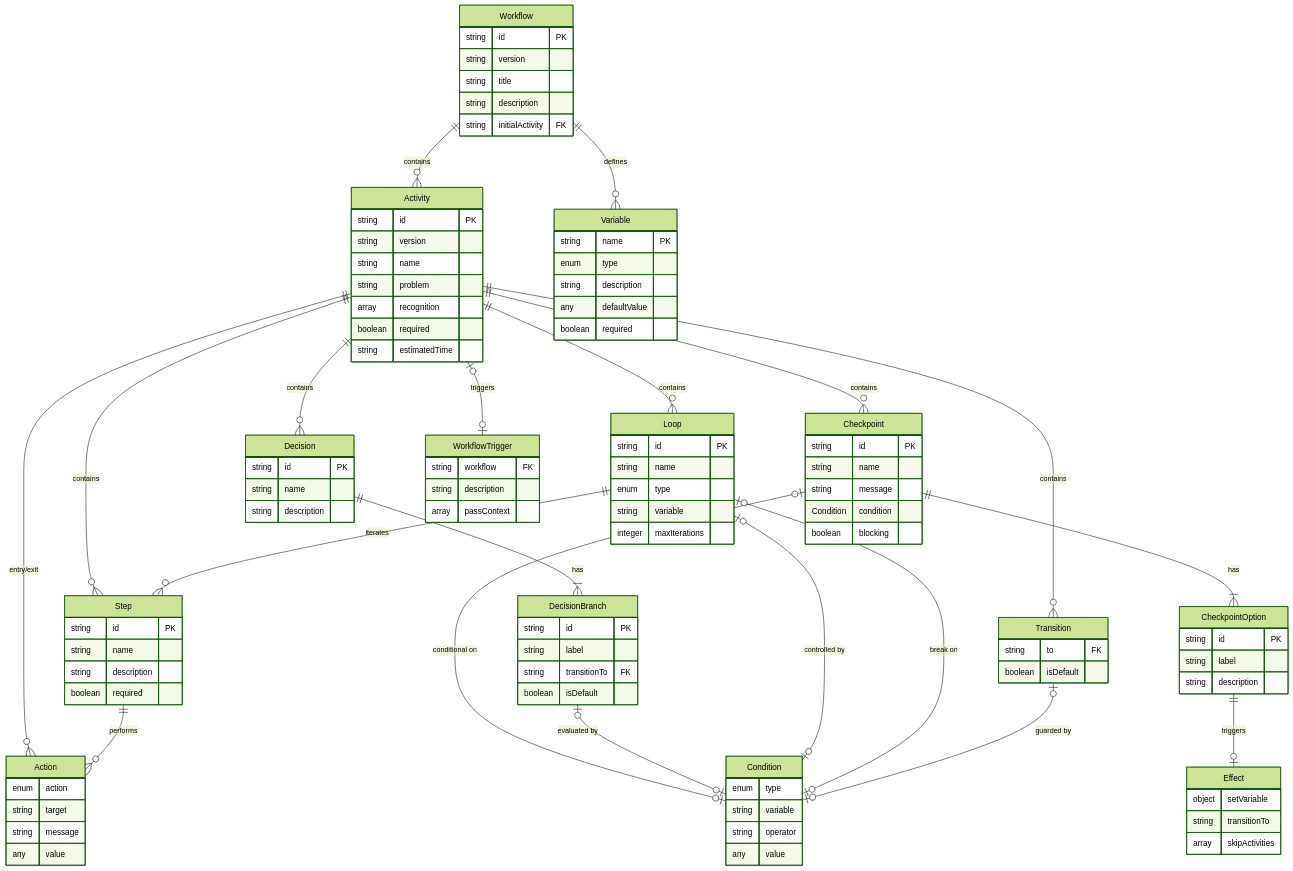
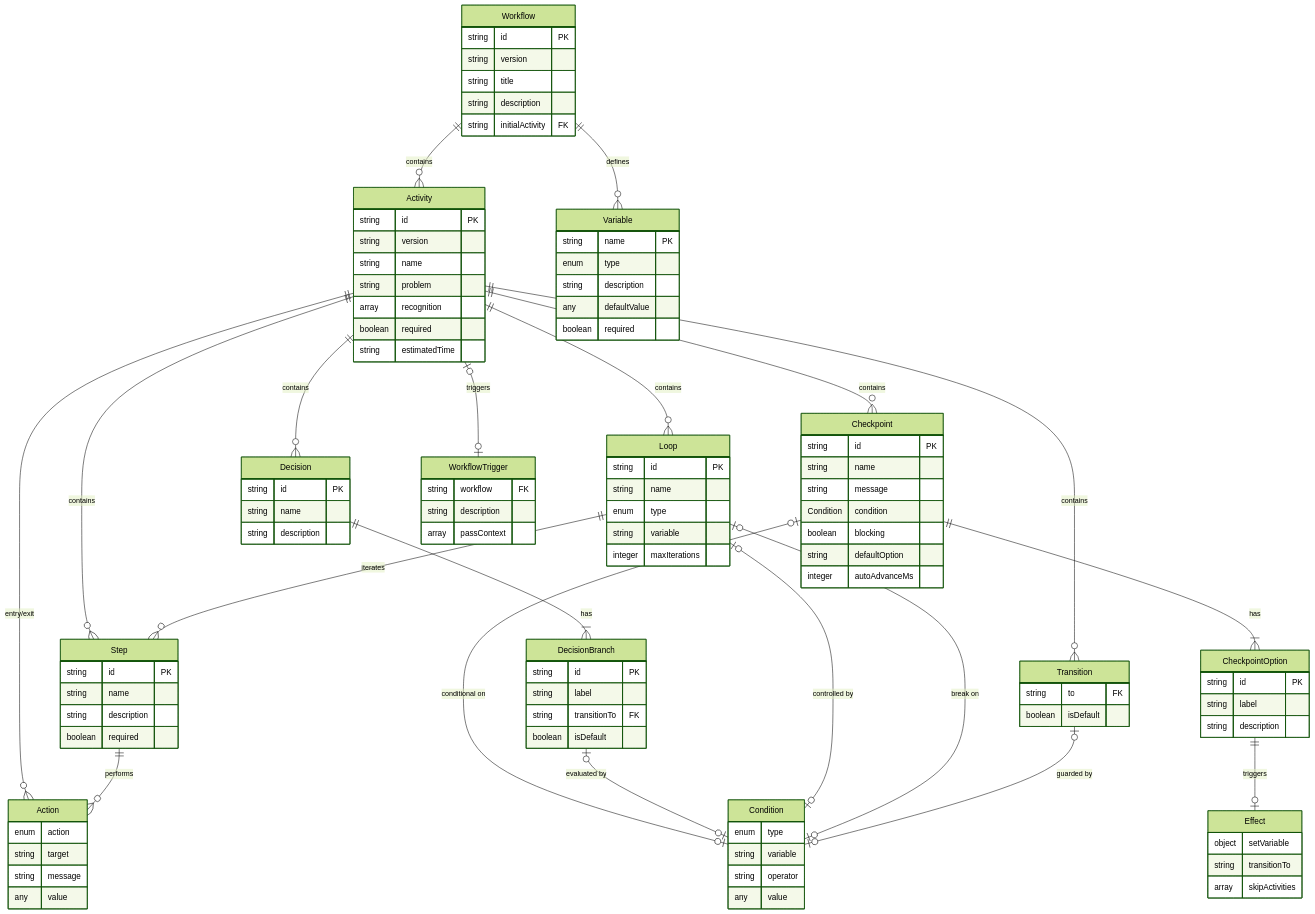
Before and after one commit to m2ux/workflow-server: the third of 3 diagrams in schemas/README.md, drawn with Mermaid (forest theme). The commit also changed other lines of this file, not shown here.

First line of the commit message:
docs: align schemas/README.md with actual schema definitions (WP-12)

```diff
--- a/schemas/README.md
+++ b/schemas/README.md
@@ -166,6 +166,8 @@
         string message
         Condition condition
         boolean blocking
+        string defaultOption
+        integer autoAdvanceMs
     }
     
     CheckpointOption {
```
